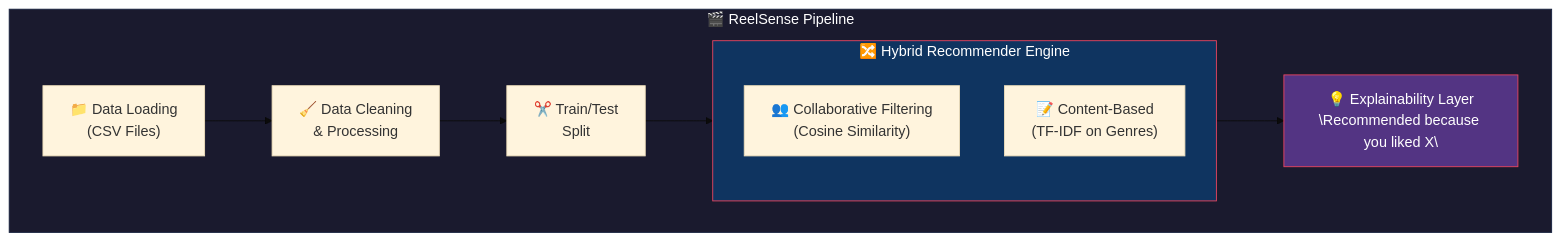
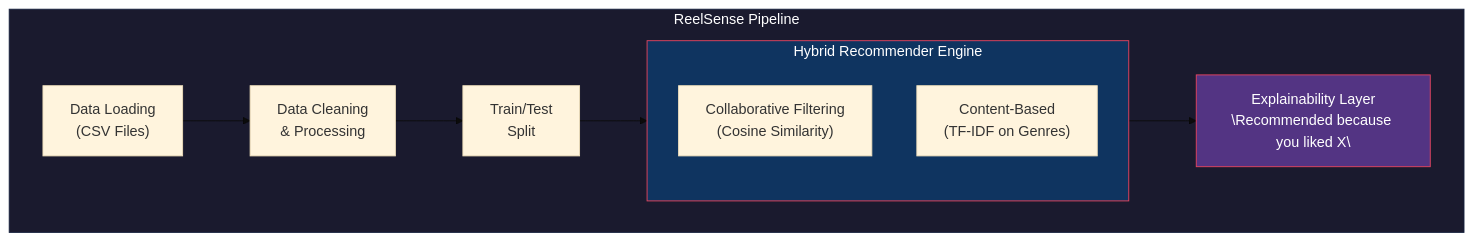
One commit to sciguy-code/reelsense changed the diagram in README.md. Above: the diagram before and after it, drawn with Mermaid (base theme). The commit also changed other lines of this file, not shown here.

````diff
--- a/README.md
+++ b/README.md
@@ -165,19 +165,19 @@
 ```mermaid
 flowchart TD
-    subgraph Pipeline["🎬 ReelSense Pipeline"]
-        A["📁 Data Loading<br/>(CSV Files)"] --> B["🧹 Data Cleaning<br/>& Processing"]
-        B --> C["✂️ Train/Test<br/>Split"]
+    subgraph Pipeline["ReelSense Pipeline"]
+        A["Data Loading<br/>(CSV Files)"] --> B["Data Cleaning<br/>& Processing"]
+        B --> C["Train/Test<br/>Split"]
         C --> D
         
-        subgraph D["🔀 Hybrid Recommender Engine"]
-            E["👥 Collaborative Filtering<br/>(Cosine Similarity)"] 
-            F["📝 Content-Based<br/>(TF-IDF on Genres)"]
+        subgraph D["Hybrid Recommender Engine"]
+            E["Collaborative Filtering<br/>(Cosine Similarity)"] 
+            F["Content-Based<br/>(TF-IDF on Genres)"]
         end
         
-        D --> G["💡 Explainability Layer<br/>\"Recommended because you liked X\""]
+        D --> G["Explainability Layer<br/>\"Recommended because you liked X\""]
     end
     
     style Pipeline fill:#1a1a2e,stroke:#16213e,color:#fff
     style D fill:#0f3460,stroke:#e94560,color:#fff
     style G fill:#533483,stroke:#e94560,color:#fff
 ```
````
